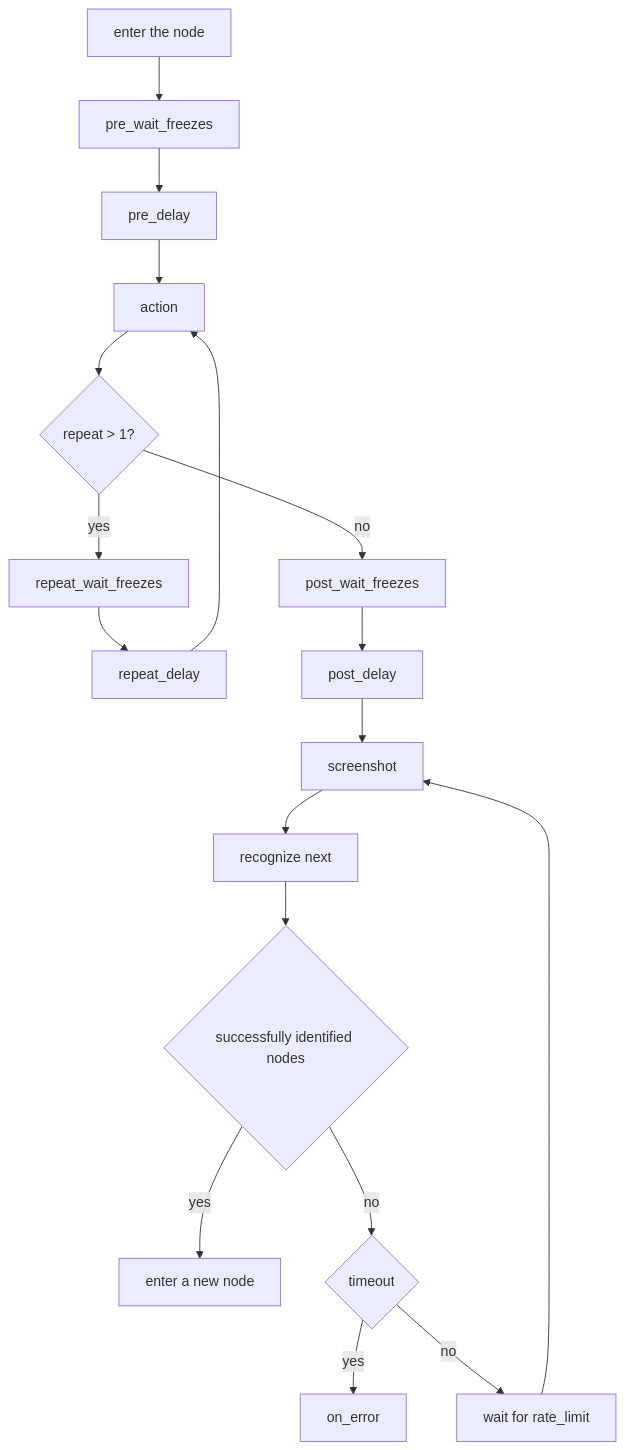
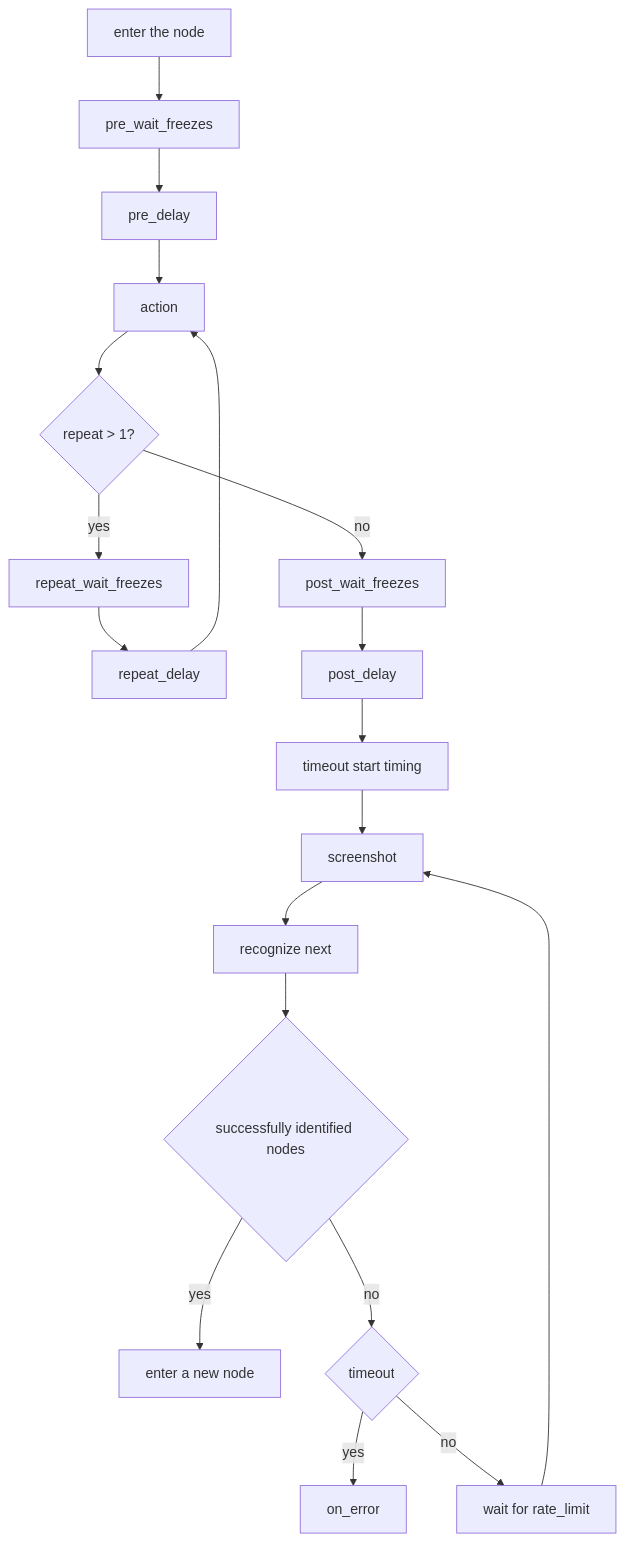
Before and after one commit to MaaXYZ/MaaFramework: the third of 4 diagrams in docs/en_us/3.1-PipelineProtocol.md, drawn with Mermaid. The commit also changed other lines of this file and 1 other file, not shown here.

Commit message:
docs: clarify timeout timing in pipeline protocol

````diff
--- a/docs/en_us/3.1-PipelineProtocol.md
+++ b/docs/en_us/3.1-PipelineProtocol.md
@@ -235,20 +235,21 @@
 ```mermaid
     graph TB
         A[enter the node] --> B[pre_wait_freezes]
         B --> C[pre_delay]
         C --> D[action]
         D --> M{repeat > 1?}
         M -->|yes| N[repeat_wait_freezes]
         N --> O[repeat_delay]
         O --> D
         M -->|no| E[post_wait_freezes]
         E --> F[post_delay]
-        F --> P[screenshot]
+        F --> Q[timeout start timing]
+        Q --> P[screenshot]
         P --> G[recognize next]
         G --> H{successfully identified nodes}
         H -->|yes| I[enter a new node]
         H -->|no| J{timeout}
         J -->|yes| K[on_error]
         J -->|no| L[wait for rate_limit]
         L --> P
 ```
````
